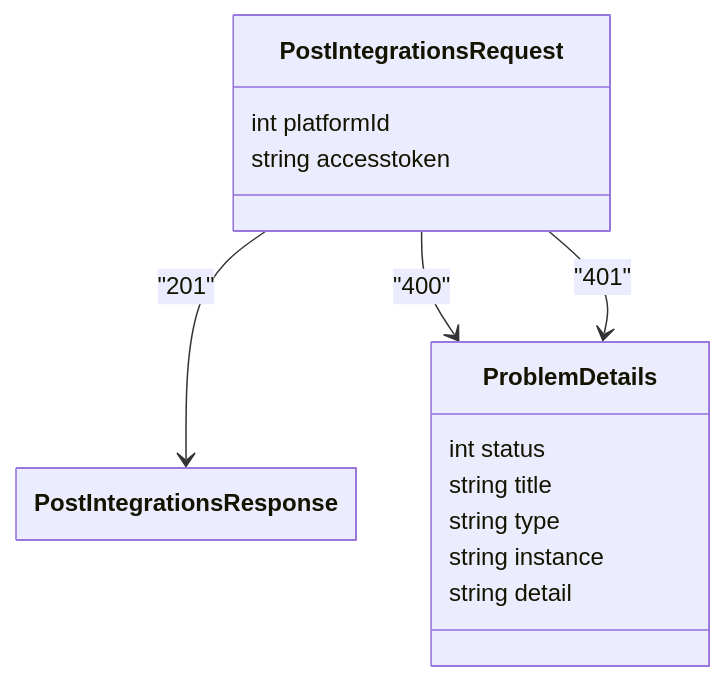
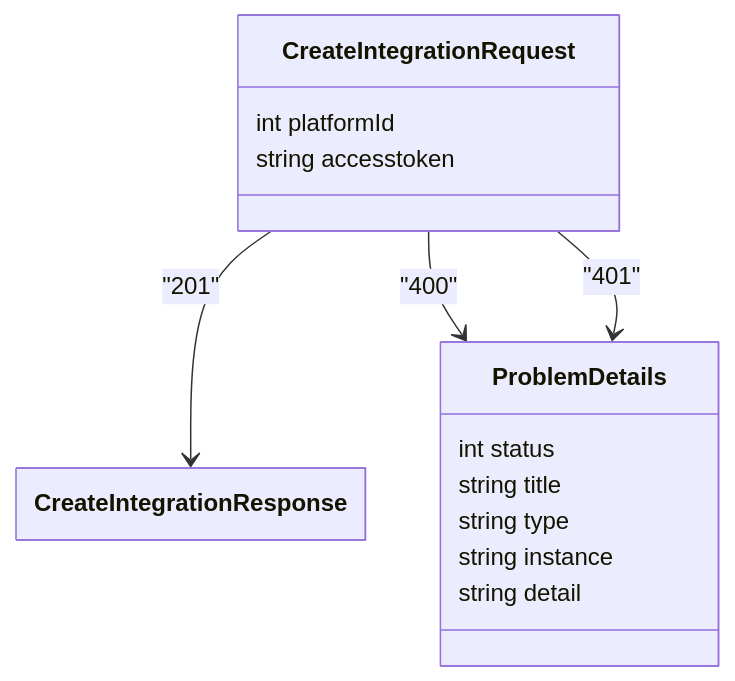
One commit to JKMN-Projects/ripple_sync_backend changed the diagram in documentation/json_contracts/integration_contracts/create_integration.md. Above: the diagram before and after it, drawn with Mermaid. The commit also changed other lines of this file and 2 other files, not shown here.

Commit message:
Added some integration json contracts

````diff
--- a/documentation/json_contracts/integration_contracts/create_integration.md
+++ b/documentation/json_contracts/integration_contracts/create_integration.md
@@ -5,29 +5,29 @@
 ``` mermaid
 ---
 
 config:
     class:
         hideEmptyMembersBox: true
 ---
 
 classDiagram
-    class PostIntegrationsRequest {
+    class CreateIntegrationRequest {
         int platformId
         string accesstoken
     }
 
-    class PostIntegrationsResponse {
+    class CreateIntegrationResponse {
     }
 
     class ProblemDetails {
         int status
         string title
         string type
         string instance
         string detail
     }
 
-    PostIntegrationsRequest --> PostIntegrationsResponse : "201"
-    PostIntegrationsRequest --> ProblemDetails : "400"
-    PostIntegrationsRequest --> ProblemDetails : "401"
+    CreateIntegrationRequest --> CreateIntegrationResponse : "201"
+    CreateIntegrationRequest --> ProblemDetails : "400"
+    CreateIntegrationRequest --> ProblemDetails : "401"
 ```
````
